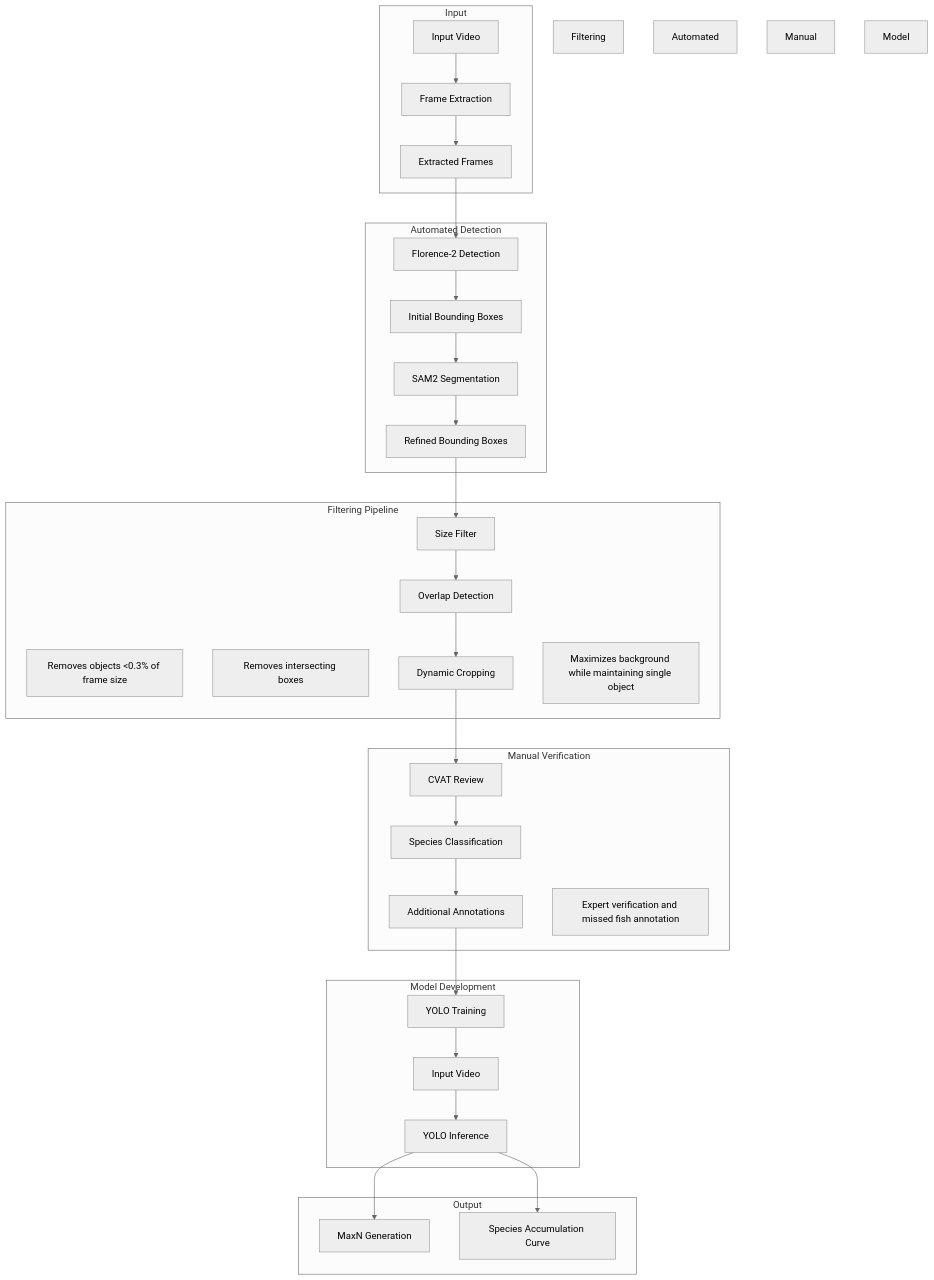
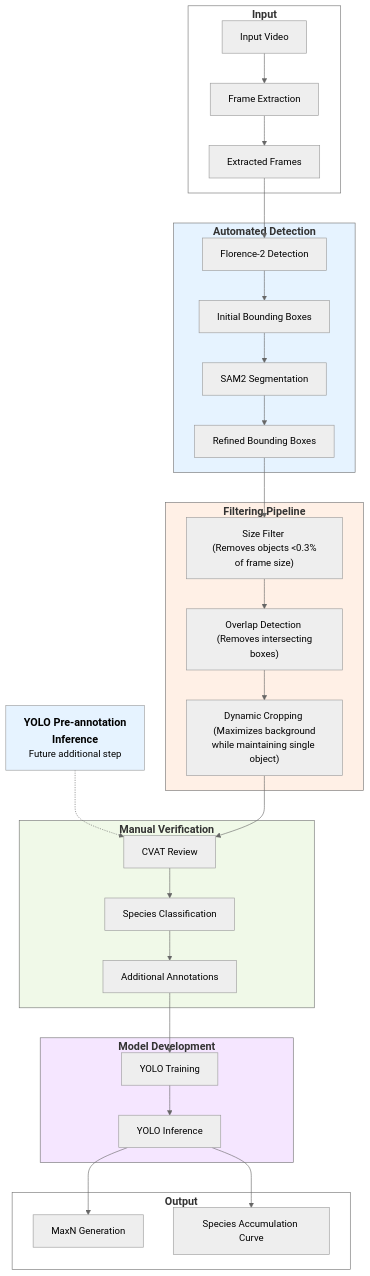
One commit to neez777/FishAnalytics changed the diagram in flowchart.mmd. Above: the diagram before and after it, drawn with Mermaid (neutral theme).

```diff
--- a/flowchart.mmd
+++ b/flowchart.mmd
@@ -1,45 +1,44 @@
 flowchart TB
-    subgraph Input
-        vid[Input Video] --> fe[Frame Extraction]
-        fe --> frames[Extracted Frames]
+    subgraph Input["<font size=+1><b>Input</b></font>"]
+        vid["Input Video"] --> fe["Frame Extraction"]
+        fe --> frames["Extracted Frames"]
     end
     
-    subgraph Automated Detection
-        frames --> f2[Florence-2 Detection]
-        f2 --> f2bb[Initial Bounding Boxes]
-        f2bb --> sam2[SAM2 Segmentation]
-        sam2 --> sambb[Refined Bounding Boxes]
+    subgraph Auto["<font size=+1><b>Automated Detection</b></font>"]
+        frames --> f2["Florence-2 Detection"]
+        f2 --> f2bb["Initial Bounding Boxes"]
+        f2bb --> sam2["SAM2 Segmentation"]
+        sam2 --> sambb["Refined Bounding Boxes"]
     end
     
-    subgraph Filtering Pipeline
-        style Filtering Pipeline fill:#fff0e6
-        sambb --> size[Size Filter]
-        note1[Removes objects <0.3% of frame size]
-        size --> overlap[Overlap Detection]
-        note2[Removes intersecting boxes]
-        overlap --> crop[Dynamic Cropping]
-        note3[Maximizes background while maintaining single object]
+    subgraph Filter["<font size=+1><b>Filtering Pipeline</b></font>"]
+        sambb --> size["Size Filter <br> (Removes objects <0.3% of frame size)"]
+        size --> overlap["Overlap Detection <br> (Removes intersecting boxes)"]
+        overlap --> crop["Dynamic Cropping <br> (Maximizes background while maintaining single object)"]
+    end
+
+    yolo["<font size=+1><b>YOLO Pre-annotation <br> Inference</b></font><br>Future additional step"] -.-> cvat
+    
+    subgraph Manual["<font size=+1><b>Manual Verification</b></font>"]
+        crop --> cvat["CVAT Review"]
+        cvat --> speciesID["Species Classification"]
+        speciesID --> add["Additional Annotations"]
     end
     
-    subgraph Manual Verification
-        crop --> cvat[CVAT Review]
-        cvat --> speciesID[Species Classification]
-        speciesID --> add[Additional Annotations]
-        note4[Expert verification and missed fish annotation]
+    subgraph Model["<font size=+1><b>Model Development</b></font>"]
+        add --> train["YOLO Training"]
+        train --> inf["YOLO Inference"]
     end
     
-    subgraph Model Development
-        add --> train[YOLO Training]
-        train --> vidinf[Input Video]
-        vidinf --> inf[YOLO Inference]
-    end
-    
-    subgraph Output
-        inf --> maxn[MaxN Generation]
-        inf --> sac[Species Accumulation Curve]
+    subgraph Output["<font size=+1><b>Output</b></font>"]
+        inf --> maxn["MaxN Generation"]
+        inf --> sac["Species Accumulation Curve"]
     end
 
-    style Automated Detection fill:#e6f3ff
-    style Filtering Pipeline fill:#fff0e6
-    style Manual Verification fill:#f0f9e8
-    style Model Development fill:#f5e6ff
+    style Input fill:#ffffff
+    style Auto fill:#e6f3ff
+    style Filter fill:#fff0e6
+    style Manual fill:#f0f9e8
+    style Model fill:#f5e6ff
+    style Output fill:#ffffff
+    style yolo fill:#e6f3ff
```
